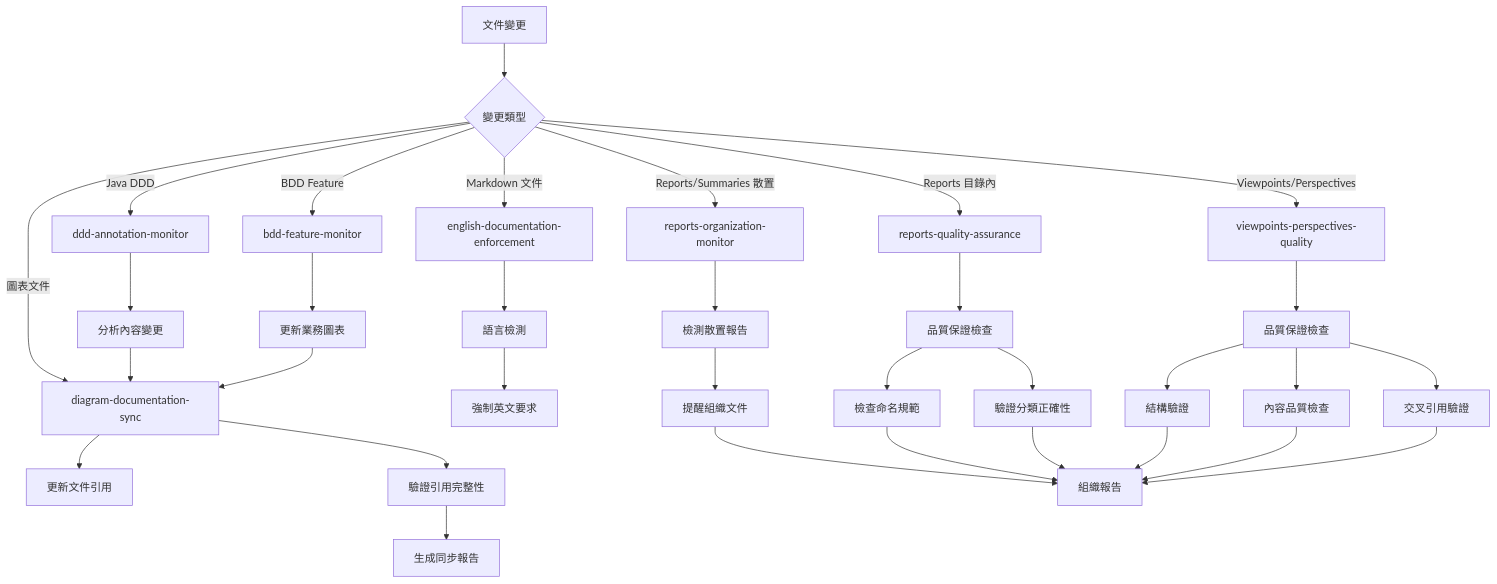
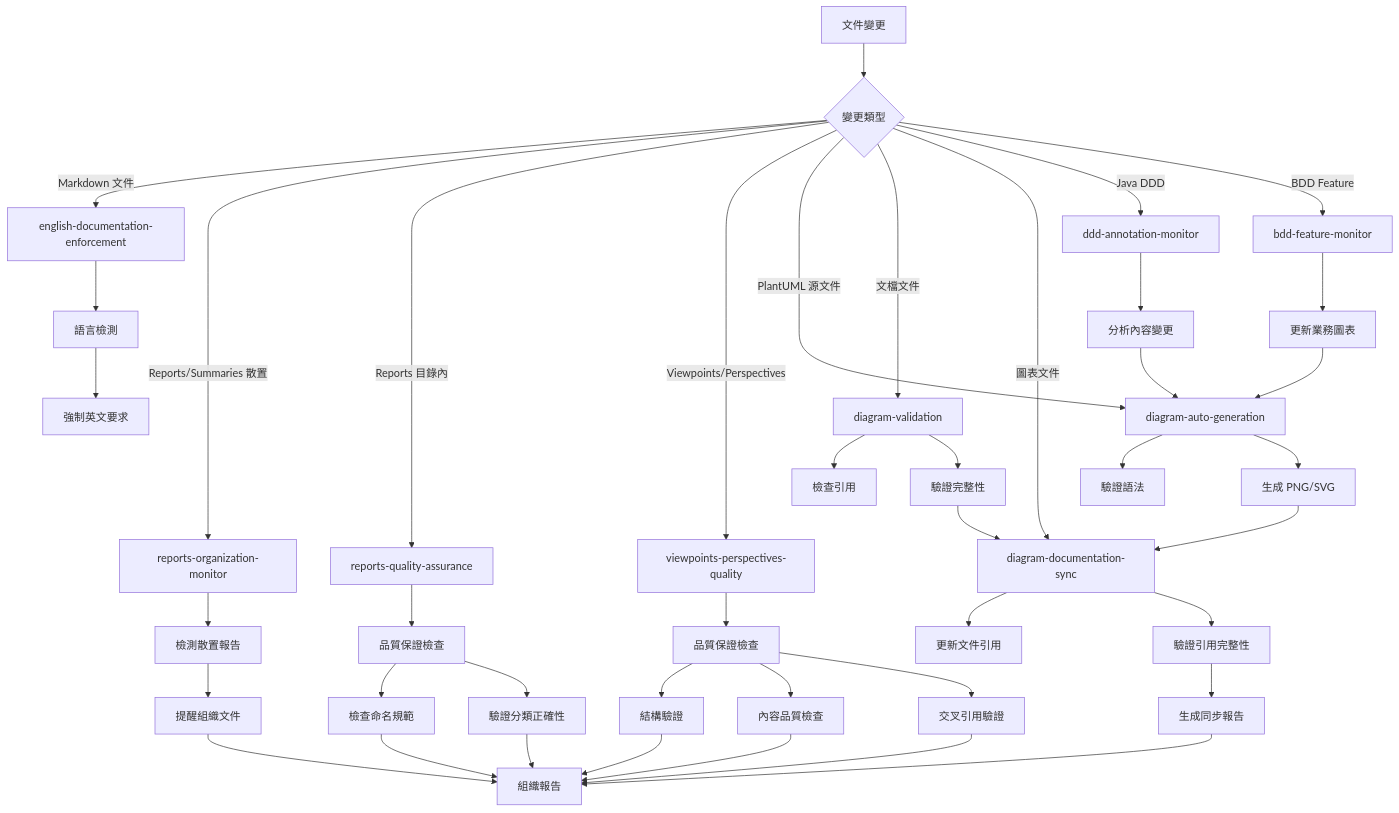
One commit to humank/genai-demo changed the diagram in .kiro/hooks/README.md. Above: the diagram before and after it, drawn with Mermaid. The commit also changed other lines of this file and 63 other files, not shown here.

````diff
--- a/.kiro/hooks/README.md
+++ b/.kiro/hooks/README.md
@@ -79,41 +129,48 @@
 ```mermaid
 graph TB
     A[文件變更] --> B{變更類型}
     B -->|Markdown 文件| EN[english-documentation-enforcement]
     B -->|Reports/Summaries 散置| RO[reports-organization-monitor]
     B -->|Reports 目錄內| RQ[reports-quality-assurance]
     B -->|Viewpoints/Perspectives| VP[viewpoints-perspectives-quality]
+    B -->|PlantUML 源文件| DG[diagram-auto-generation]
+    B -->|文檔文件| DV[diagram-validation]
     B -->|圖表文件| C[diagram-documentation-sync]
     B -->|Java DDD| D[ddd-annotation-monitor]
     B -->|BDD Feature| E[bdd-feature-monitor]
 
     EN --> ENA[語言檢測]
     RO --> ROA[檢測散置報告]
     RQ --> RQA[品質保證檢查]
     VP --> VPQ[品質保證檢查]
+    DG --> DGA[驗證語法]
+    DG --> DGB[生成 PNG/SVG]
+    DV --> DVA[檢查引用]
+    DV --> DVB[驗證完整性]
     C --> G[更新文件引用]
     D --> H[分析內容變更]
     E --> I[更新業務圖表]
 
     ENA --> ENB[強制英文要求]
     ROA --> ROB[提醒組織文件]
     RQA --> RQB[檢查命名規範]
     RQA --> RQC[驗證分類正確性]
     VPQ --> K[結構驗證]
     VPQ --> L[內容品質檢查]
     VPQ --> M[交叉引用驗證]
-    
-    H --> C
-    I --> C
-
+    DGB --> C
+    DVB --> C
+    H --> DG
+    I --> DG
     
     C --> N[驗證引用完整性]
     N --> O[生成同步報告]
     
     ROB --> P[組織報告]
     RQB --> P
     RQC --> P
     K --> P
     L --> P
     M --> P
+    O --> P
 ```
````
